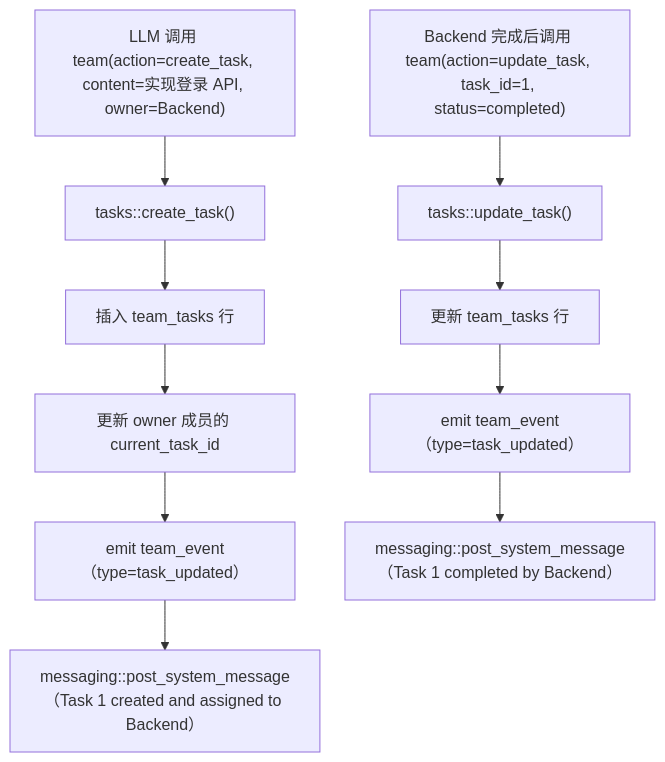
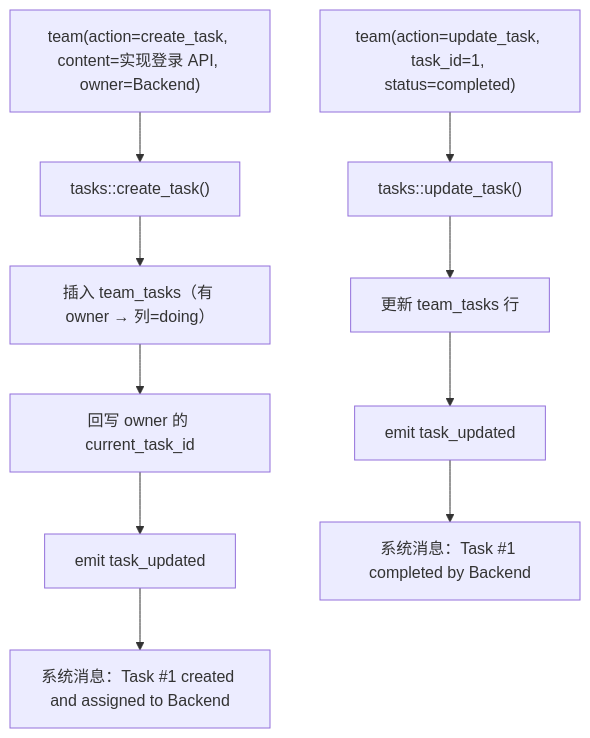
One commit to shiwenwen/hope-agent changed the sixth of 9 diagrams in docs/architecture/agent-team.md. Above: the diagram before and after it, drawn with Mermaid. The commit also changed other lines of this file and 11 other files, not shown here.

````diff
--- a/docs/architecture/agent-team.md
+++ b/docs/architecture/agent-team.md
@@ -203,17 +288,17 @@
 ```mermaid
 flowchart TD
-    CA["LLM 调用 team(action=create_task, content=实现登录 API, owner=Backend)"]
+    CA["team(action=create_task, content=实现登录 API, owner=Backend)"]
     CT["tasks::create_task()"]
-    CT1["插入 team_tasks 行"]
-    CT2["更新 owner 成员的 current_task_id"]
-    CT3["emit team_event（type=task_updated）"]
-    CT4["messaging::post_system_message（Task 1 created and assigned to Backend）"]
+    CT1["插入 team_tasks（有 owner → 列=doing）"]
+    CT2["回写 owner 的 current_task_id"]
+    CT3["emit task_updated"]
+    CT4["系统消息：Task #1 created and assigned to Backend"]
     CA --> CT --> CT1 --> CT2 --> CT3 --> CT4
 
-    UA["Backend 完成后调用 team(action=update_task, task_id=1, status=completed)"]
+    UA["team(action=update_task, task_id=1, status=completed)"]
     UT["tasks::update_task()"]
     UT1["更新 team_tasks 行"]
-    UT2["emit team_event（type=task_updated）"]
-    UT3["messaging::post_system_message（Task 1 completed by Backend）"]
+    UT2["emit task_updated"]
+    UT3["系统消息：Task #1 completed by Backend"]
     UA --> UT --> UT1 --> UT2 --> UT3
 ```
````
